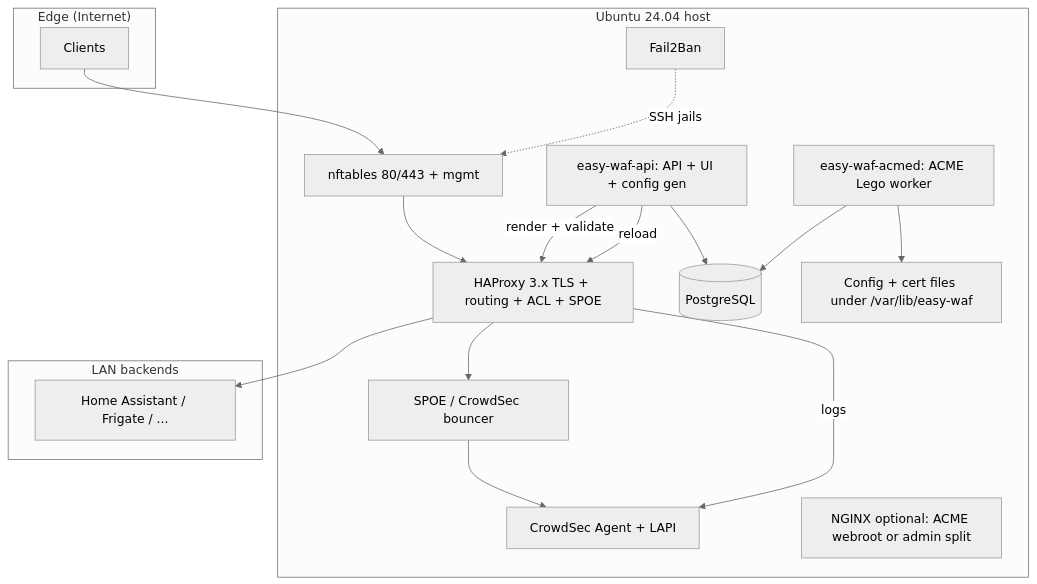
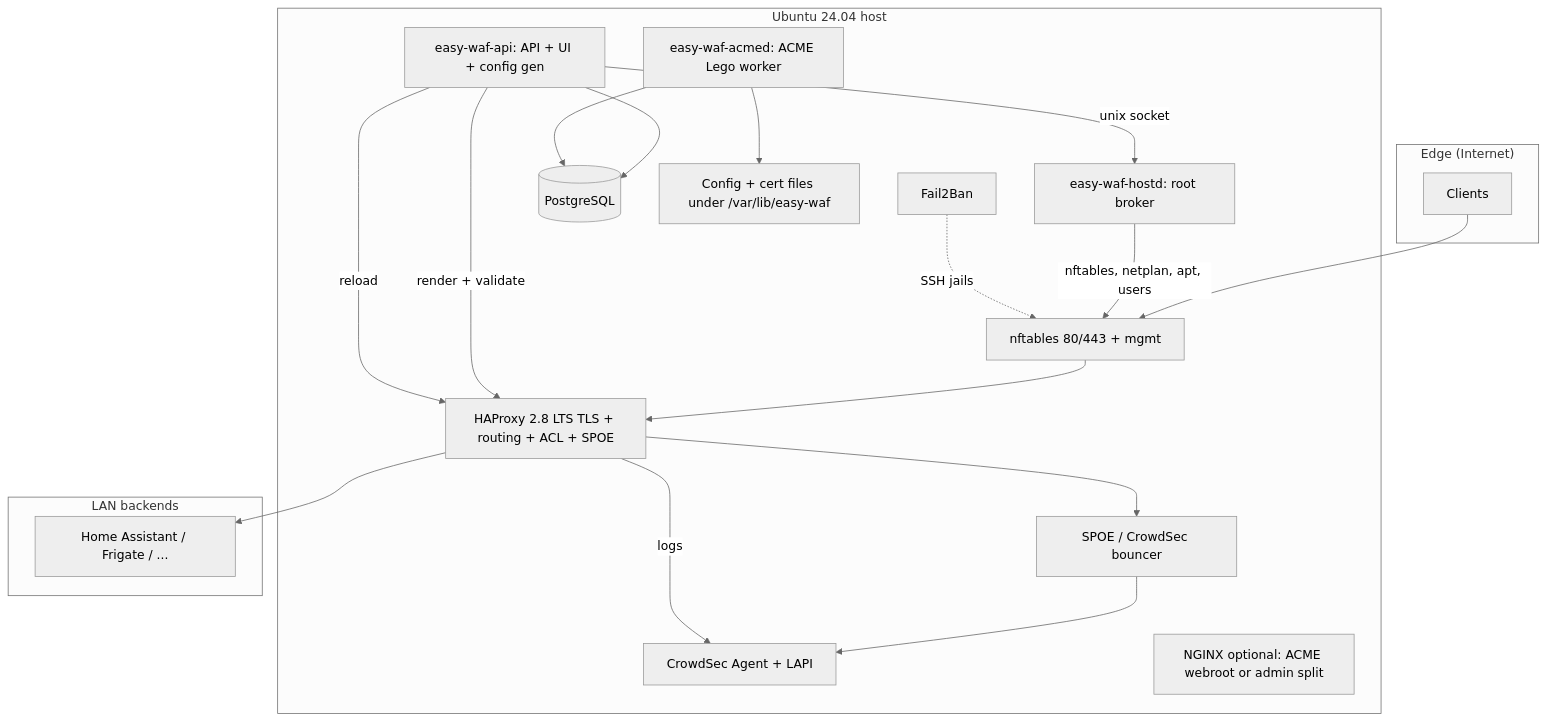
The first of 2 diagrams in docs/ARCHITECTURE.md (sbezpalov/easy-waf), drawn with Mermaid (neutral theme) before and after one commit. The commit also changed other lines of this file and 6 other files, not shown here.

First line of the commit message:
docs: bring architecture and security docs up to date

````diff
--- a/docs/ARCHITECTURE.md
+++ b/docs/ARCHITECTURE.md
@@ -19,32 +19,35 @@
 ```mermaid
 flowchart TB
   subgraph Edge["Edge (Internet)"]
     C[Clients]
   end
   subgraph Host["Ubuntu 24.04 host"]
     FW[nftables 80/443 + mgmt]
-    HA[HAProxy 3.x TLS + routing + ACL + SPOE]
+    HA[HAProxy 2.8 LTS TLS + routing + ACL + SPOE]
     CS[CrowdSec Agent + LAPI]
     SP[SPOE / CrowdSec bouncer]
     F2[Fail2Ban]
     API[easy-waf-api: API + UI + config gen]
     AC[easy-waf-acmed: ACME Lego worker]
+    HD[easy-waf-hostd: root broker]
     ST[(PostgreSQL)]
     FS[Config + cert files under /var/lib/easy-waf]
     NG[NGINX optional: ACME webroot or admin split]
   end
   subgraph LAN["LAN backends"]
     B1[Home Assistant / Frigate / ...]
   end
   C --> FW --> HA
   HA --> SP
   SP --> CS
   HA -->|logs| CS
   API -->|render + validate| HA
   API --> ST
   AC --> ST
   AC --> FS
   API -->|reload| HA
+  API -->|unix socket| HD
+  HD -->|nftables, netplan, apt, users| FW
   HA --> B1
   F2 -.->|SSH jails| FW
 ```
````
